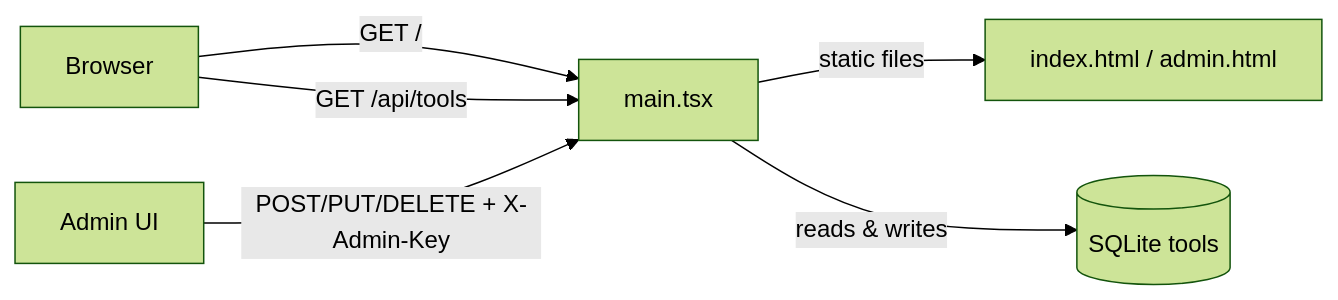
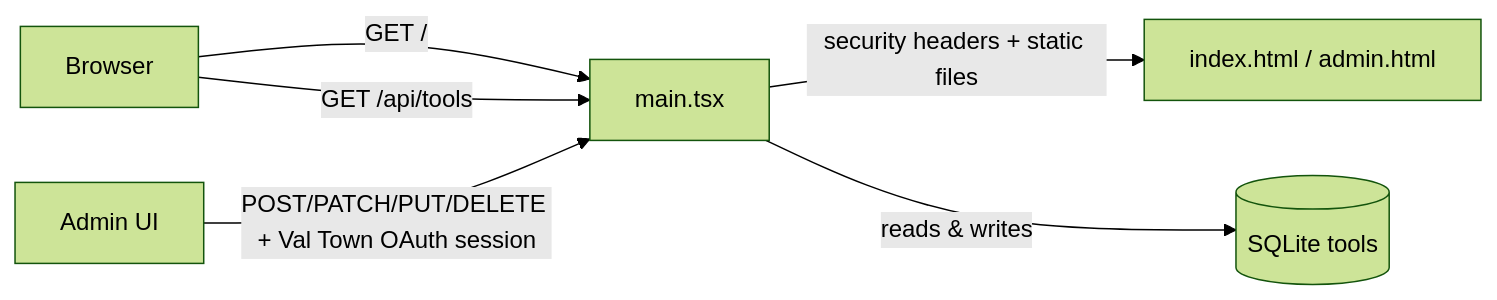
Before and after one commit to vijevira/devfreestack: the diagram in README.md, drawn with Mermaid (forest theme). The commit also changed other lines of this file, not shown here.

Commit message:
Sync from Val Town: 1 file

````diff
--- a/README.md
+++ b/README.md
@@ -15,8 +15,8 @@
 ```mermaid
 flowchart LR
   A[Browser] -->|GET /| B[main.tsx]
   A -->|GET /api/tools| B
-  C[Admin UI] -->|POST/PUT/DELETE + X-Admin-Key| B
-  B -->|static files| D[index.html / admin.html]
+  C[Admin UI] -->|POST/PATCH/PUT/DELETE + Val Town OAuth session| B
+  B -->|security headers + static files| D[index.html / admin.html]
   B -->|reads & writes| E[(SQLite tools)]
 ```
````
